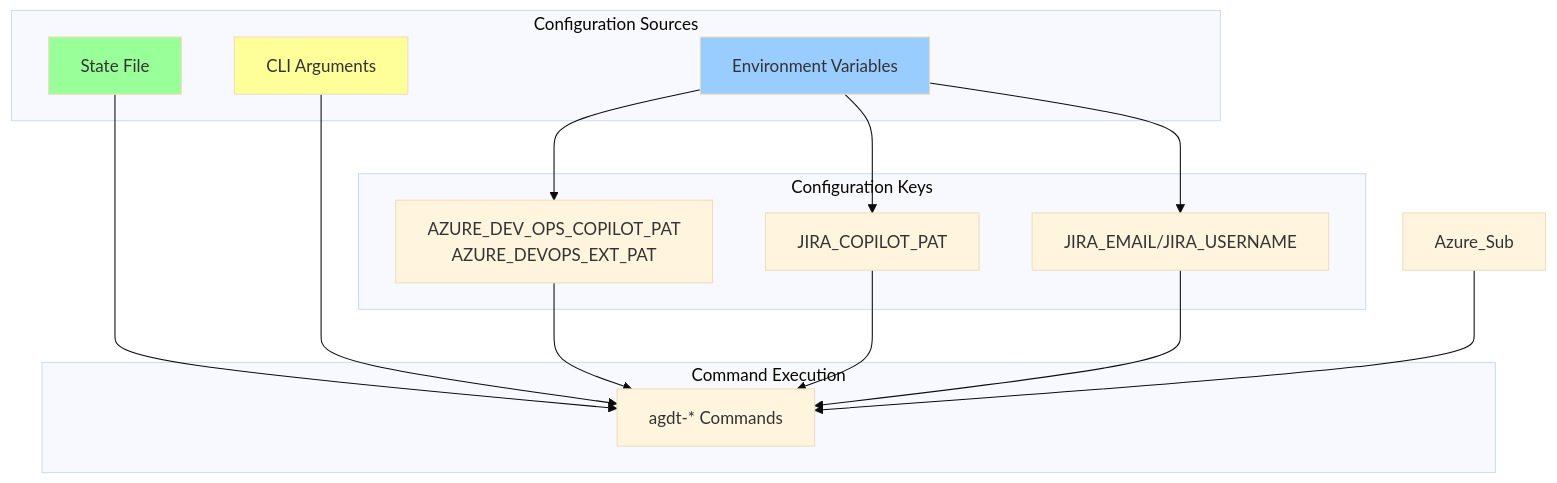
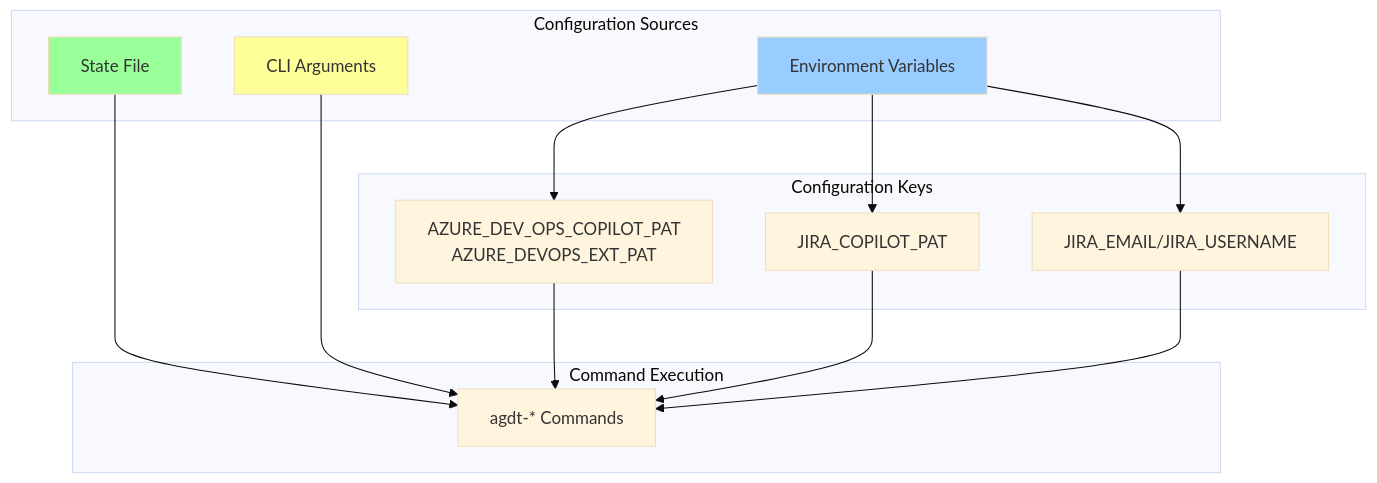
Before and after one commit to ayaiayorg/agentic-devtools: the seventh of 10 diagrams in docs/07-deployment-view.md, drawn with Mermaid (base theme). The commit also changed 6 other files, not shown here.

First line of the commit message:
docs: fix workflow state key, JIRA_AUTH_SCHEME, prompt locations, and mermaid syntax

````diff
--- a/docs/07-deployment-view.md
+++ b/docs/07-deployment-view.md
@@ -248,34 +248,33 @@
 ```mermaid
 graph TB
     subgraph "Configuration Sources"
         EnvVars[Environment Variables]
         StateFile[State File]
         CLI[CLI Arguments]
     end
     
     subgraph "Configuration Keys"
         ADO_PAT[AZURE_DEV_OPS_COPILOT_PAT<br/>AZURE_DEVOPS_EXT_PAT]
         Jira_Token[JIRA_COPILOT_PAT]
         Jira_Email[JIRA_EMAIL/JIRA_USERNAME]
     end
     
     subgraph "Command Execution"
         Commands[agdt-* Commands]
     end
     
     EnvVars --> ADO_PAT
     EnvVars --> Jira_Token
     EnvVars --> Jira_Email
     
     StateFile --> Commands
     CLI --> Commands
     
     ADO_PAT --> Commands
     Jira_Token --> Commands
     Jira_Email --> Commands
-    Azure_Sub --> Commands
     
     style EnvVars fill:#9cf
     style StateFile fill:#9f9
     style CLI fill:#ff9
 ```
````
